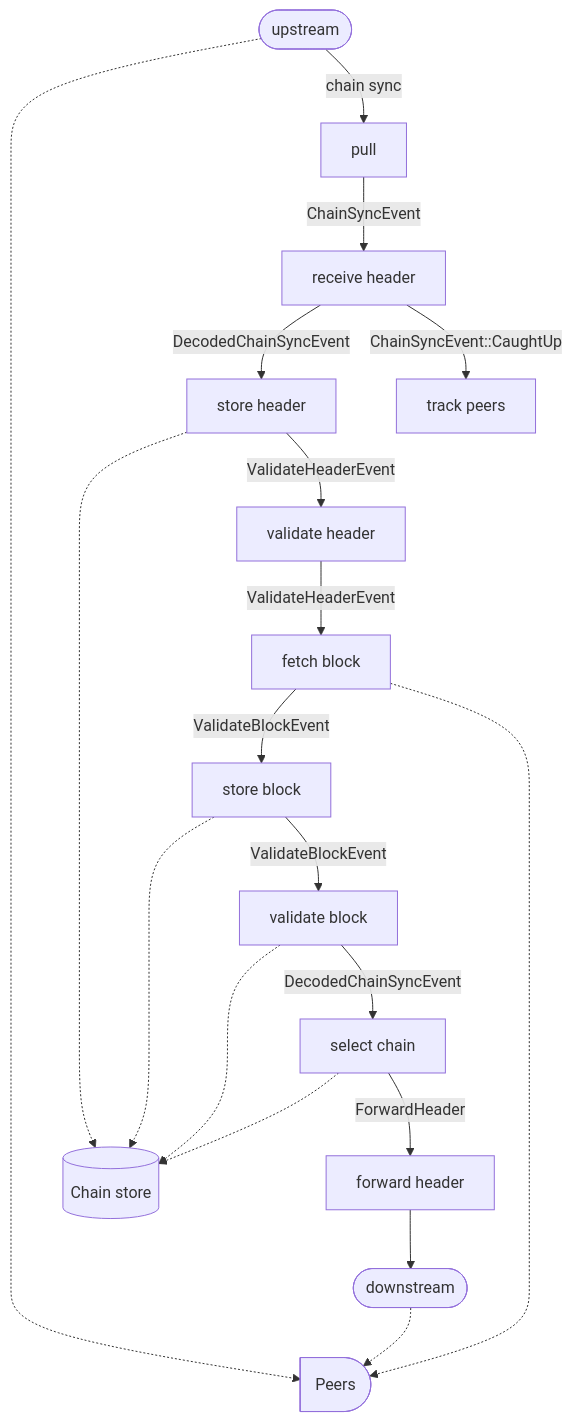
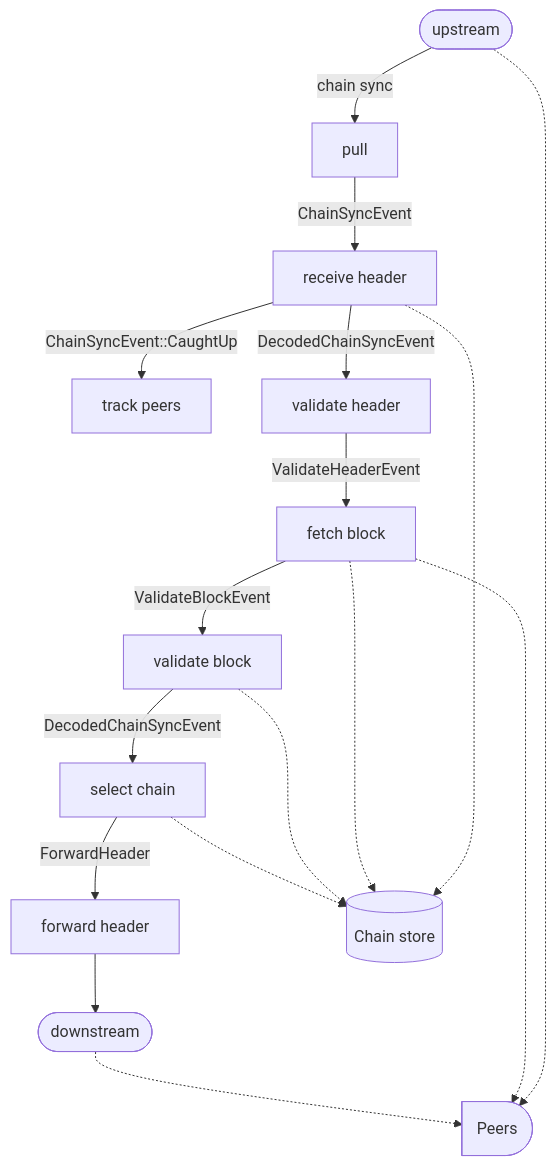
One commit to pragma-org/amaru changed the first of 2 diagrams in crates/amaru-consensus/README.md. Above: the diagram before and after it, drawn with Mermaid. The commit also changed other lines of this file, not shown here.

Commit message:
docs: update the consensus diagram

````diff
--- a/crates/amaru-consensus/README.md
+++ b/crates/amaru-consensus/README.md
@@ -7,43 +7,37 @@
 ```mermaid
 graph TD
     receive_header[receive header]
     track_peers[track peers]
-    store_header[store header]
     validate_header[validate header]
     fetch_block[fetch block]
-    store_block[store block]
     validate_block[validate block]
     select_chain[select chain]
     forward_header[forward header]
 
     downstream([downstream])
     store@{ shape: cyl, label: "Chain store" }
     net@{ shape: delay, label: "Peers" }
 
     upstream([upstream]) -.-> net
     upstream -- chain sync --> pull
     pull -- ChainSyncEvent --> receive_header
 
-    receive_header -- DecodedChainSyncEvent --> store_header
+    receive_header -- DecodedChainSyncEvent --> validate_header
     receive_header -- ChainSyncEvent::CaughtUp --> track_peers
-
-    store_header -.-> store
-    store_header -- ValidateHeaderEvent --> validate_header
+    receive_header -.-> store
 
     validate_header -- ValidateHeaderEvent --> fetch_block
 
-    fetch_block -- ValidateBlockEvent --> store_block
+    fetch_block -- ValidateBlockEvent --> validate_block
     fetch_block -.-> net
-
-    store_block -.-> store
-    store_block -- ValidateBlockEvent --> validate_block
+    fetch_block -.-> store
 
     validate_block -.-> store
     validate_block -- DecodedChainSyncEvent --> select_chain
 
     select_chain -.-> store
     select_chain -- ForwardHeader --> forward_header
 
     forward_header --> downstream
     downstream -.-> net
 ```
````
